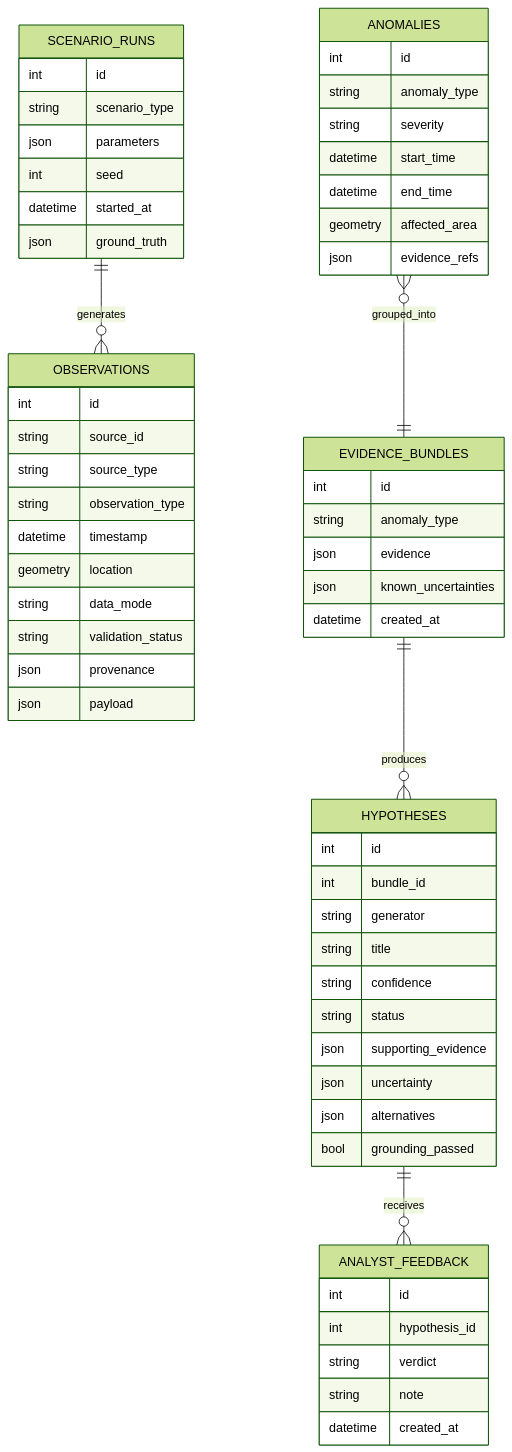
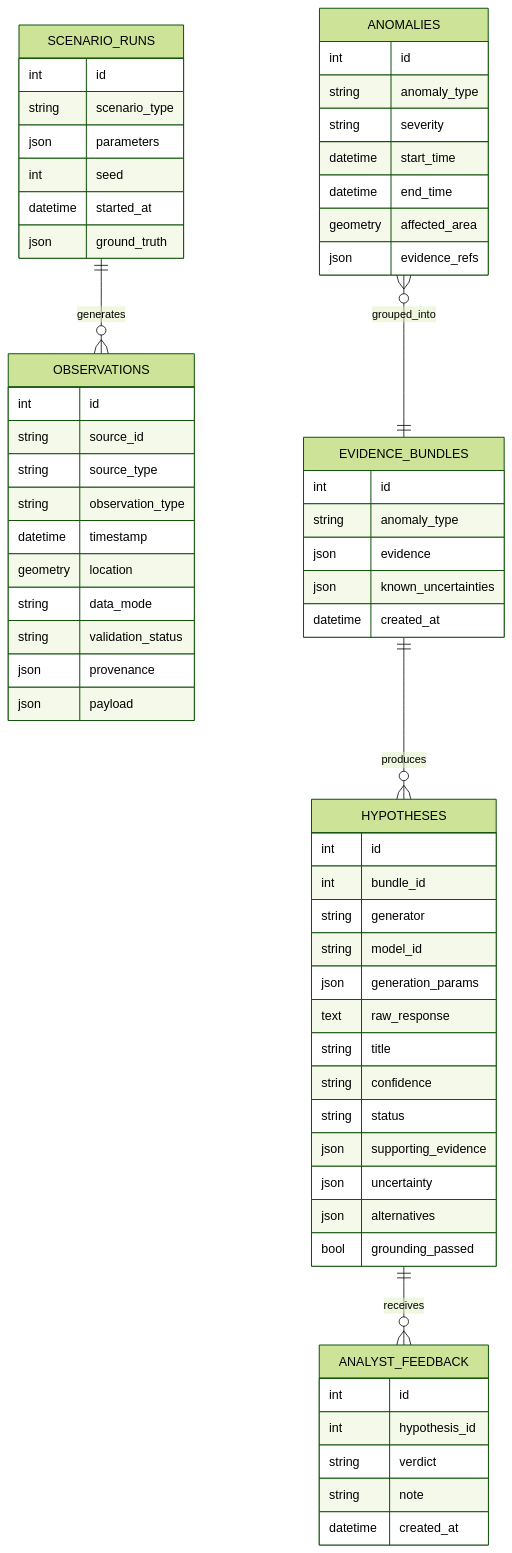
Before and after one commit to randygimah/em-fusion: the third of 3 diagrams in docs/em_fusion_v2.md, drawn with Mermaid (forest theme). The commit also changed other lines of this file and 3 other files, not shown here.

````diff
--- a/docs/em_fusion_v2.md
+++ b/docs/em_fusion_v2.md
@@ -349,63 +358,66 @@
 ```mermaid
 erDiagram
     OBSERVATIONS {
         int id
         string source_id
         string source_type
         string observation_type
         datetime timestamp
         geometry location
         string data_mode
         string validation_status
         json provenance
         json payload
     }
     ANOMALIES {
         int id
         string anomaly_type
         string severity
         datetime start_time
         datetime end_time
         geometry affected_area
         json evidence_refs
     }
     EVIDENCE_BUNDLES {
         int id
         string anomaly_type
         json evidence
         json known_uncertainties
         datetime created_at
     }
     HYPOTHESES {
         int id
         int bundle_id
         string generator
+        string model_id
+        json generation_params
+        text raw_response
         string title
         string confidence
         string status
         json supporting_evidence
         json uncertainty
         json alternatives
         bool grounding_passed
     }
     ANALYST_FEEDBACK {
         int id
         int hypothesis_id
         string verdict
         string note
         datetime created_at
     }
     SCENARIO_RUNS {
         int id
         string scenario_type
         json parameters
         int seed
         datetime started_at
         json ground_truth
     }
 
     EVIDENCE_BUNDLES ||--o{ HYPOTHESES : produces
     HYPOTHESES ||--o{ ANALYST_FEEDBACK : receives
     SCENARIO_RUNS ||--o{ OBSERVATIONS : generates
     ANOMALIES }o--|| EVIDENCE_BUNDLES : grouped_into
 ```
````
